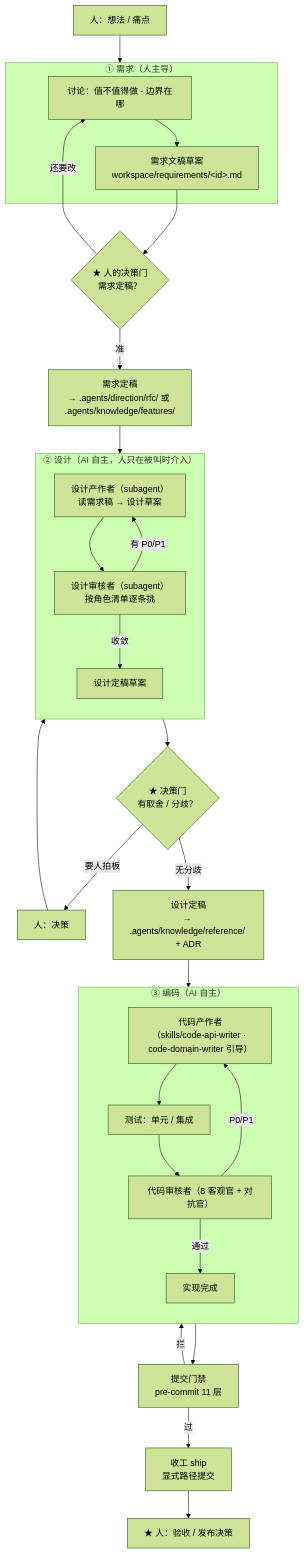
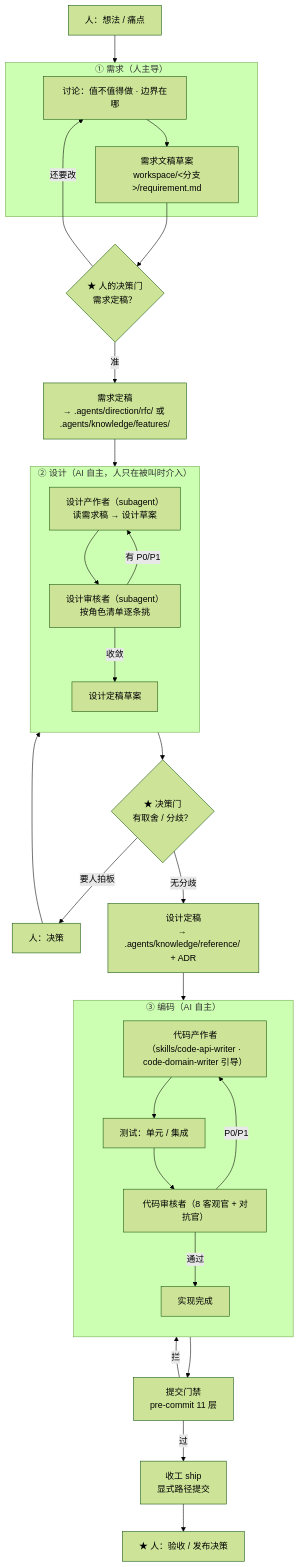
Before and after one commit to adaios/adaios: the seventh of 9 diagrams in .agents/rules/assets/ai-context-engineering.md, drawn with Mermaid (forest theme). The commit also changed other lines of this file and 78 other files, not shown here.

````diff
--- a/.agents/rules/assets/ai-context-engineering.md
+++ b/.agents/rules/assets/ai-context-engineering.md
@@ -235,47 +235,47 @@
 ```mermaid
 flowchart TD
     H0["人：想法 / 痛点"] --> P1
 
     subgraph P1["① 需求（人主导）"]
         D1["讨论：值不值得做 · 边界在哪"]
-        D2["需求文稿草案<br/>workspace/requirements/&lt;id&gt;.md"]
+        D2["需求文稿草案<br/>workspace/&lt;分支&gt;/requirement.md"]
         D1 --> D2
     end
 
     D2 --> G1{"★ 人的决策门<br/>需求定稿？"}
     G1 -->|"还要改"| D1
     G1 -->|"准"| R1["需求定稿<br/>→ .agents/direction/rfc/ 或 .agents/knowledge/features/"]
 
     R1 --> P2
 
     subgraph P2["② 设计（AI 自主，人只在被叫时介入）"]
         direction TB
         DA["设计产作者（subagent）<br/>读需求稿 → 设计草案"]
         DV["设计审核者（subagent）<br/>按角色清单逐条挑"]
         DA --> DV
         DV -->|"有 P0/P1"| DA
         DV -->|"收敛"| D3["设计定稿草案"]
     end
 
     D3 --> G2{"★ 决策门<br/>有取舍 / 分歧？"}
     G2 -->|"要人拍板"| H1["人：决策"]
     H1 --> DA
     G2 -->|"无分歧"| R2["设计定稿<br/>→ .agents/knowledge/reference/ + ADR"]
 
     R2 --> P3
 
     subgraph P3["③ 编码（AI 自主）"]
         direction TB
         CA["代码产作者<br/>（skills/code-api-writer · code-domain-writer 引导）"]
         TS["测试：单元 / 集成"]
         CV["代码审核者（8 客观官 + 对抗官）"]
         CA --> TS --> CV
         CV -->|"P0/P1"| CA
         CV -->|"通过"| D4["实现完成"]
     end
 
     D4 --> G3["提交门禁<br/>pre-commit 11 层"]
     G3 -->|"拦"| CA
     G3 -->|"过"| S1["收工 ship<br/>显式路径提交"]
     S1 --> H2["★ 人：验收 / 发布决策"]
 ```
````
